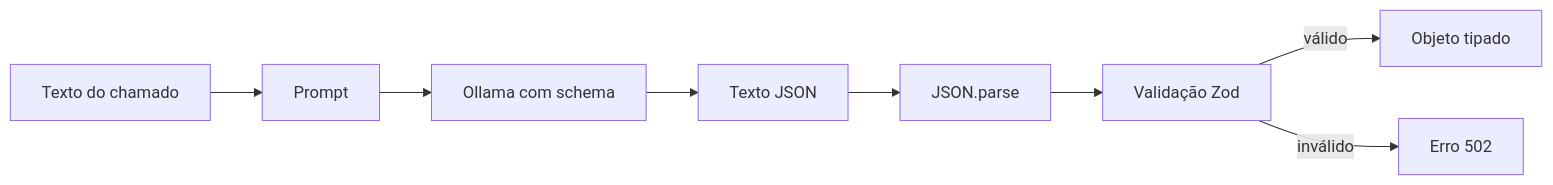
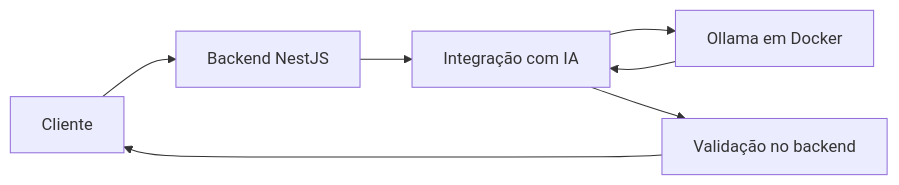
The first of 2 diagrams in docs/encontros/encontro-12.md (luciano-alexandre/topicos-avancados), drawn with Mermaid before and after one commit. The commit also changed other lines of this file and 1 other file, not shown here.

````diff
--- a/docs/encontros/encontro-12.md
+++ b/docs/encontros/encontro-12.md
@@ -35,10 +26,9 @@
 ```mermaid
 flowchart LR
-    U[Texto do chamado] --> P[Prompt]
-    P --> O[Ollama com schema]
-    O --> J[Texto JSON]
-    J --> X[JSON.parse]
-    X --> V[Validação Zod]
-    V -- válido --> D[Objeto tipado]
-    V -- inválido --> E[Erro 502]
+    C[Cliente] --> B[Backend NestJS]
+    B --> I[Integração com IA]
+    I --> O[Ollama em Docker]
+    O --> I
+    I --> V[Validação no backend]
+    V --> C
 ```
````
